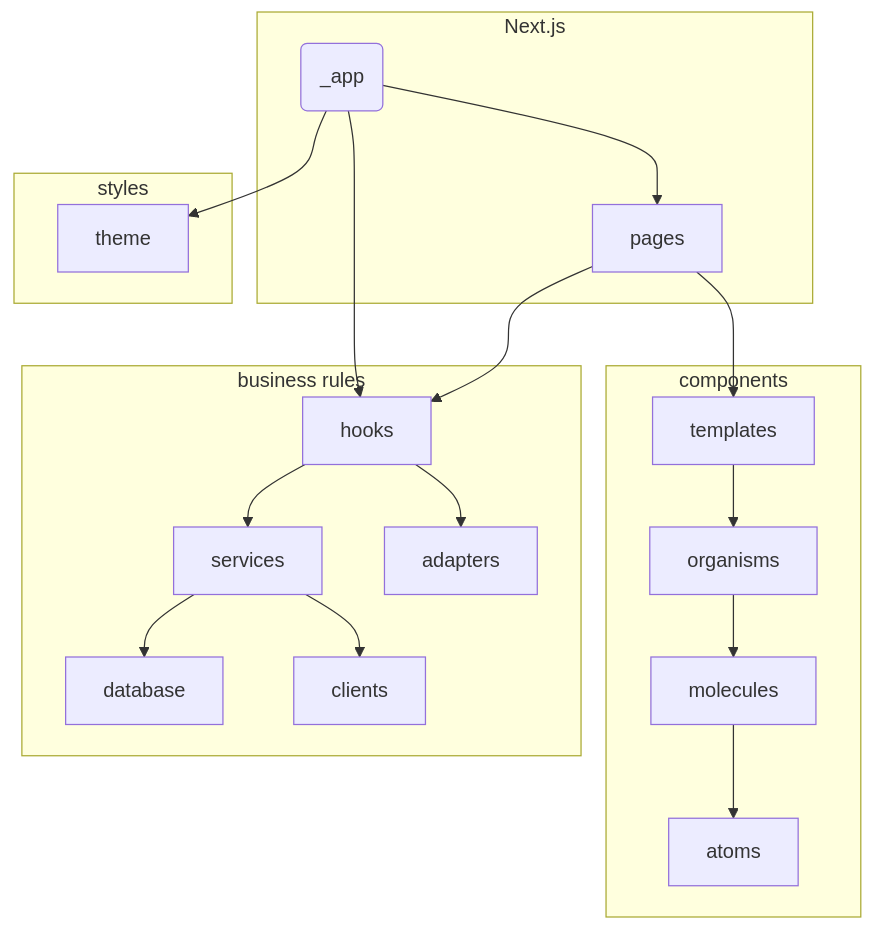
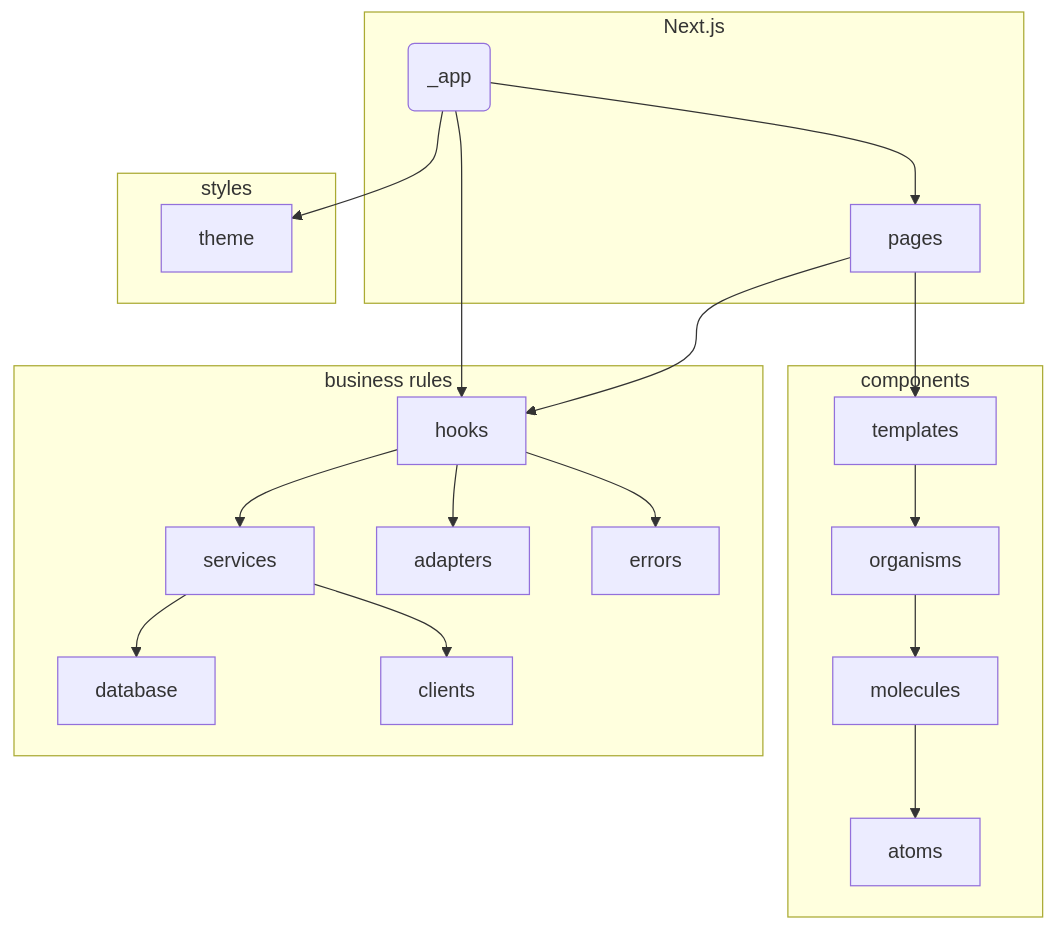
Before and after one commit to megatroom/nossamatilha: the diagram in README.md, drawn with Mermaid. The commit also changed 5 other files, not shown here.

````diff
--- a/README.md
+++ b/README.md
@@ -11,30 +11,31 @@
 ```mermaid
 graph TD
     subgraph Next.js
         app(_app)     
         pages
     end
 
     app --> pages
     app --> theme
     app --> hooks
     pages --> templates
     pages --> hooks
 
     subgraph components
         templates --> organisms
         organisms --> molecules
         molecules --> atoms
     end
 
     subgraph business rules
         hooks --> services
         services --> database
         services --> clients
         hooks --> adapters
+        hooks --> errors
     end
 
     subgraph styles
         theme
     end
 ```
````
